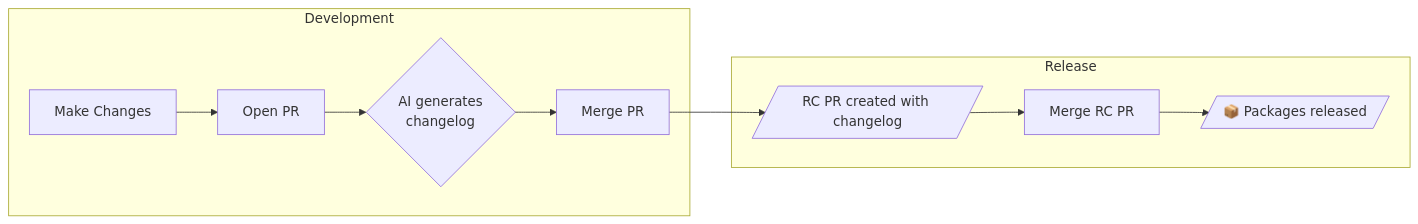
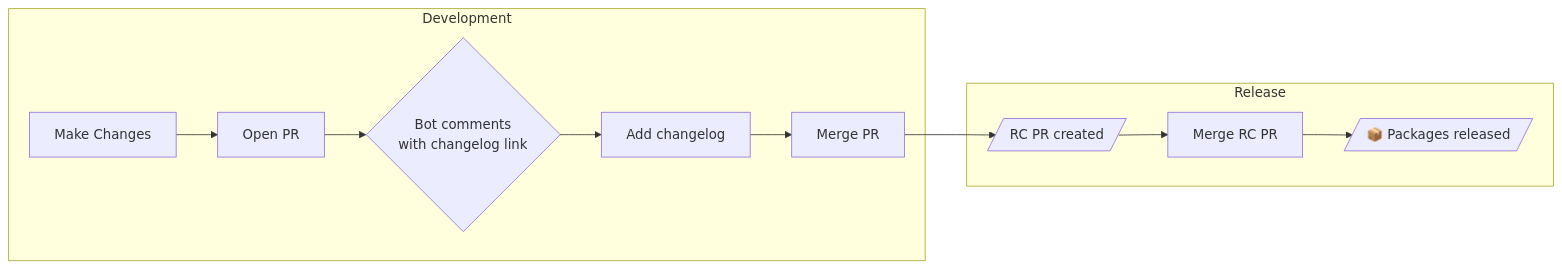
Before and after one commit to wevm/changelogs-rs: the diagram in README.md, drawn with Mermaid. The commit also changed other lines of this file and 5 other files, not shown here.

````diff
--- a/README.md
+++ b/README.md
@@ -36,13 +36,14 @@
 ```mermaid
 flowchart LR
     subgraph Development
         A[Make Changes] --> B[Open PR]
-        B --> C{AI generates<br/>changelog}
-        C --> D[Merge PR]
+        B --> C{Bot comments<br/>with changelog link}
+        C --> D[Add changelog]
+        D --> E[Merge PR]
     end
     subgraph Release
-        D --> E[/RC PR created with changelog/]
-        E --> F[Merge RC PR]
-        F --> G[/📦 Packages released/]
+        E --> F[/RC PR created/]
+        F --> G[Merge RC PR]
+        G --> H[/📦 Packages released/]
     end
 ```
````
